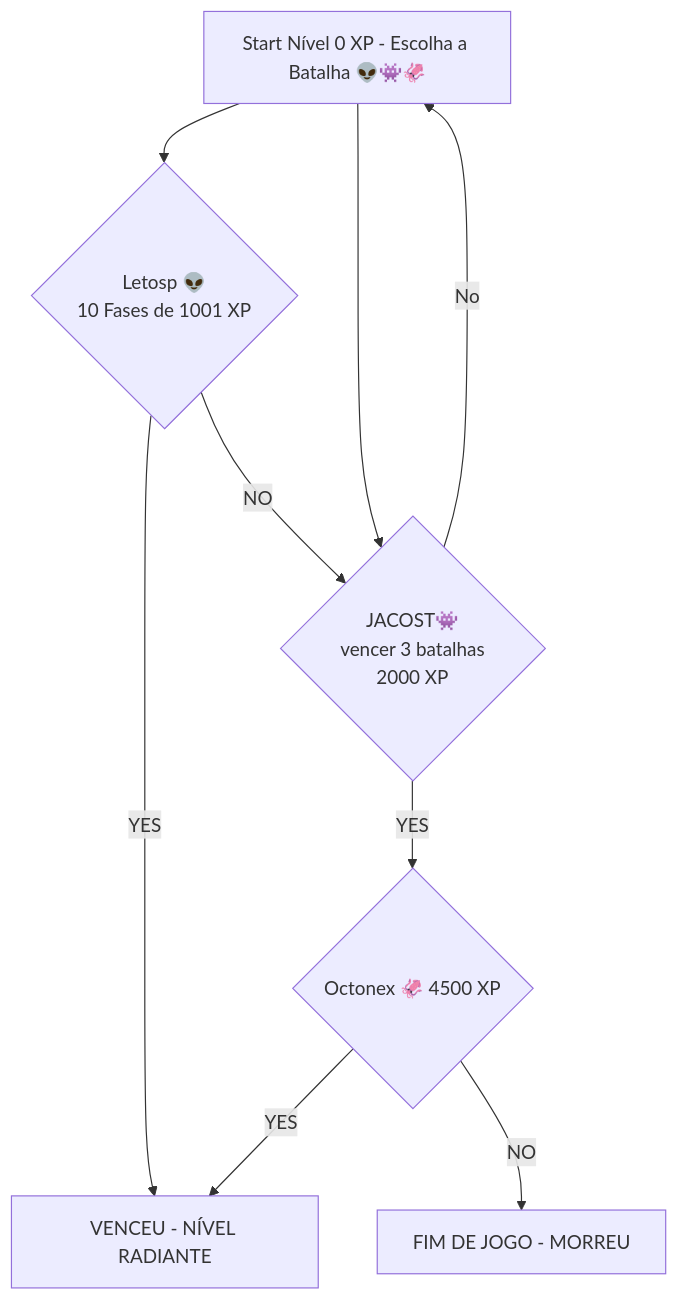
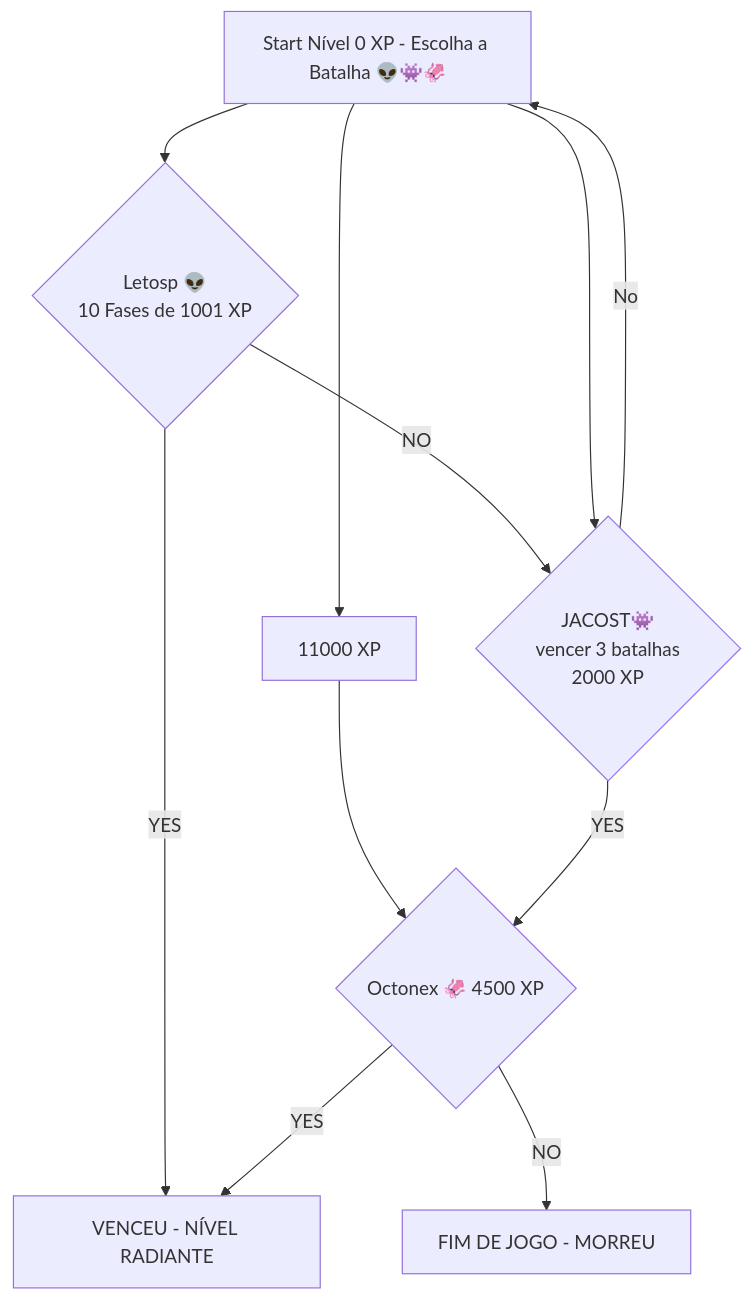
One commit to sezarprog/desafio-nivel-heroi changed the second of 2 diagrams in README.md. Above: the diagram before and after it, drawn with Mermaid.

````diff
--- a/README.md
+++ b/README.md
@@ -14,21 +14,22 @@
 ```mermaid
 flowchart TD;
     A[Start Nível 0 XP - Escolha a Batalha 👽👾🦑]
     A --> B{Letosp 👽
  10 Fases de 1001 xp} -- YES --> H[VENCEU - NÍVEL RADIANTE];
+    A --> X[11000 XP] --> G
 B{Letosp 👽
  10 Fases de 1001 XP} -- NO --> C{JACOST🤖
  vencer 3 batalhas
  2000XP };
     A --> C{JACOST👾
  vencer 3 batalhas
  2000 XP };
    C{JACOST👾
  vencer 3 batalhas
  2000 XP } -- No --> A;
      C{JACOST👾
  vencer 3 batalhas 
 2000 XP } -- YES--> G{Octonex 🦑 4500 XP};
     G -- YES --> H[VENCEU - NÍVEL RADIANTE];
     G -- NO --> J[FIM DE JOGO - MORREU];
 ```  
````
